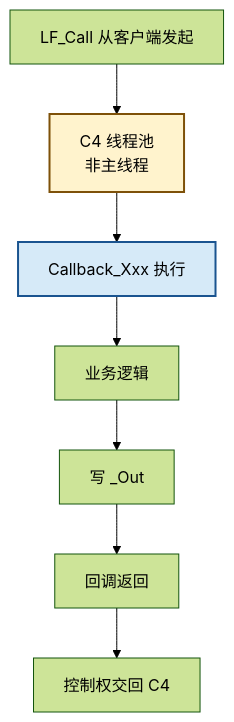
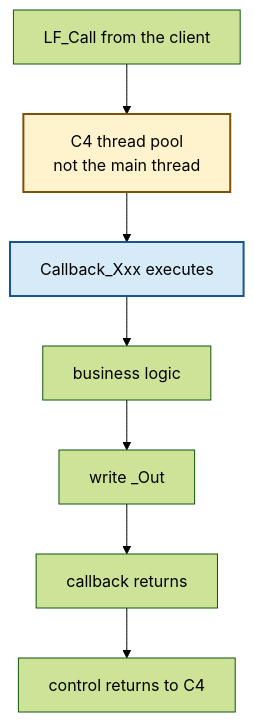
The ninth of 13 diagrams in src/pascal_c_to_mcp/MCP_API_Contract.md (PassByYou888/LingoFuse-Tools), drawn with Mermaid (forest theme) before and after one commit. The commit also changed other lines of this file, not shown here.

````diff
--- a/src/pascal_c_to_mcp/MCP_API_Contract.md
+++ b/src/pascal_c_to_mcp/MCP_API_Contract.md
@@ -939,12 +939,12 @@
 ```mermaid
 flowchart TD
-    A["LF_Call 从客户端发起"] --> B["C4 线程池<br/>非主线程"]
-    B --> C["Callback_Xxx 执行"]
-    C --> D["业务逻辑"]
-    D --> E["写 _Out"]
-    E --> F["回调返回"]
-    F --> G["控制权交回 C4"]
+    A["LF_Call from the client"] --> B["C4 thread pool<br/>not the main thread"]
+    B --> C["Callback_Xxx executes"]
+    C --> D["business logic"]
+    D --> E["write _Out"]
+    E --> F["callback returns"]
+    F --> G["control returns to C4"]
 
     style B fill:#FFF3CD,stroke:#7E5109,stroke-width:2px
     style C fill:#D6EAF8,stroke:#1A5490,stroke-width:2px
 ```
````
